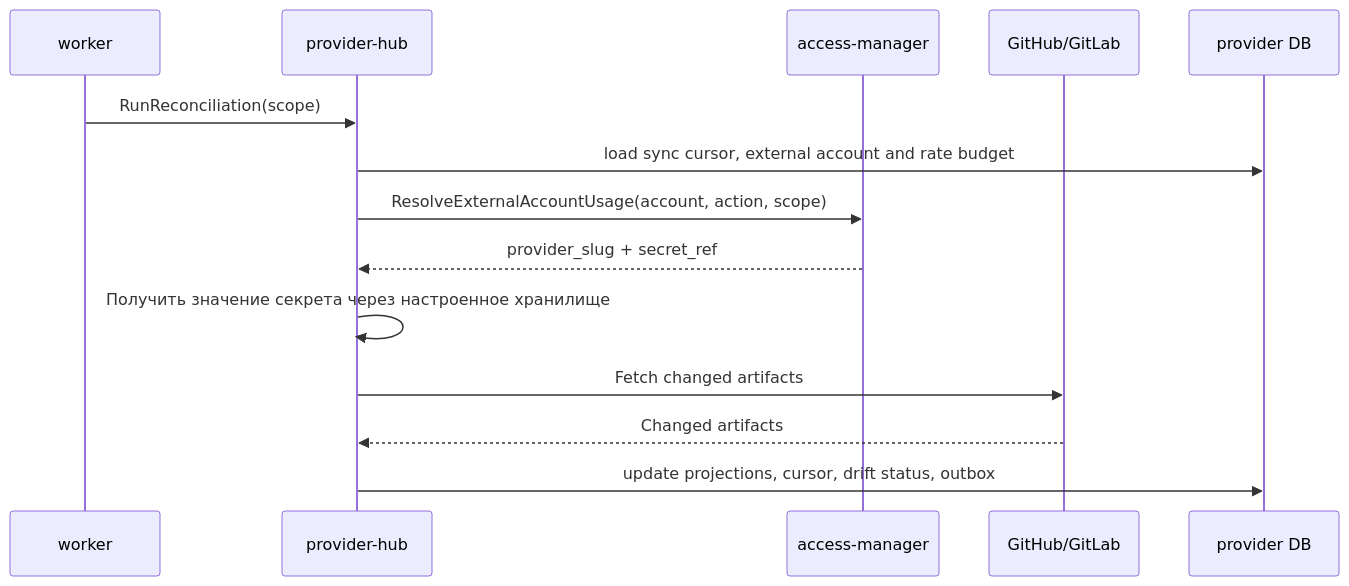
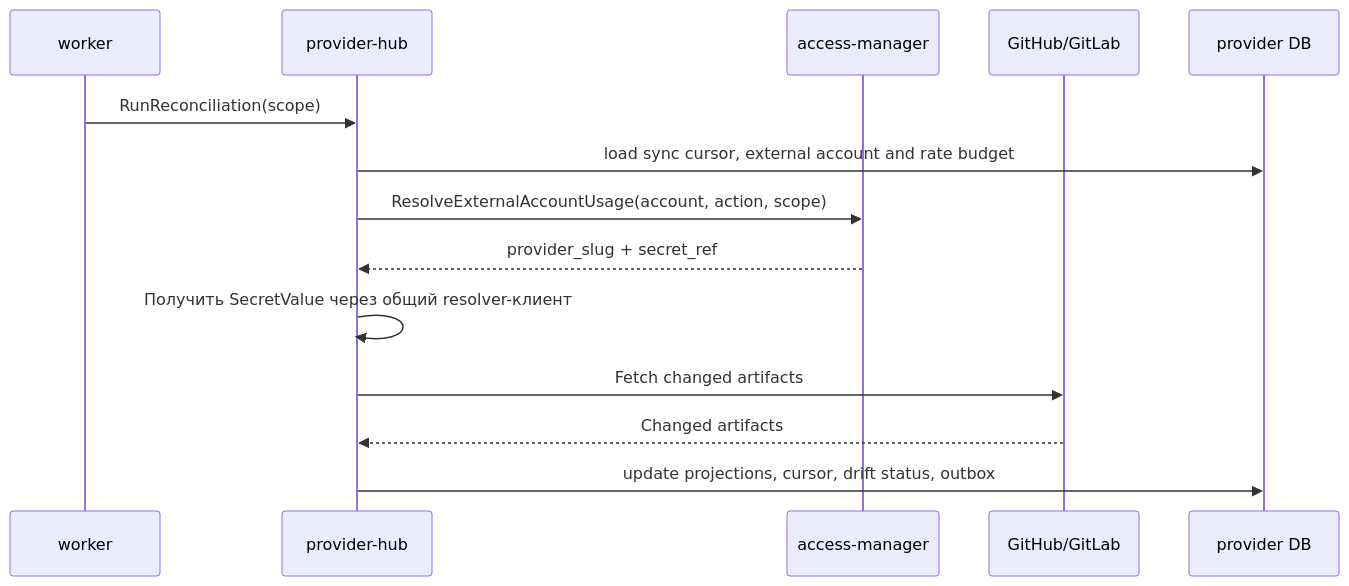
The second of 4 diagrams in docs/domains/provider-native-work-items/architecture/design.md (codex-k8s/kodex), drawn with Mermaid before and after one commit. The commit also changed other lines of this file and 41 other files, not shown here.

Commit message:
Add shared secret resolver contract

````diff
--- a/docs/domains/provider-native-work-items/architecture/design.md
+++ b/docs/domains/provider-native-work-items/architecture/design.md
@@ -92,16 +92,16 @@
 ```mermaid
 sequenceDiagram
   participant W as worker
   participant H as provider-hub
   participant A as access-manager
   participant P as GitHub/GitLab
   participant DB as provider DB
   W->>H: RunReconciliation(scope)
   H->>DB: load sync cursor, external account and rate budget
   H->>A: ResolveExternalAccountUsage(account, action, scope)
   A-->>H: provider_slug + secret_ref
-  H->>H: Получить значение секрета через настроенное хранилище
+  H->>H: Получить SecretValue через общий resolver-клиент
   H->>P: Fetch changed artifacts
   P-->>H: Changed artifacts
   H->>DB: update projections, cursor, drift status, outbox
 ```
````
